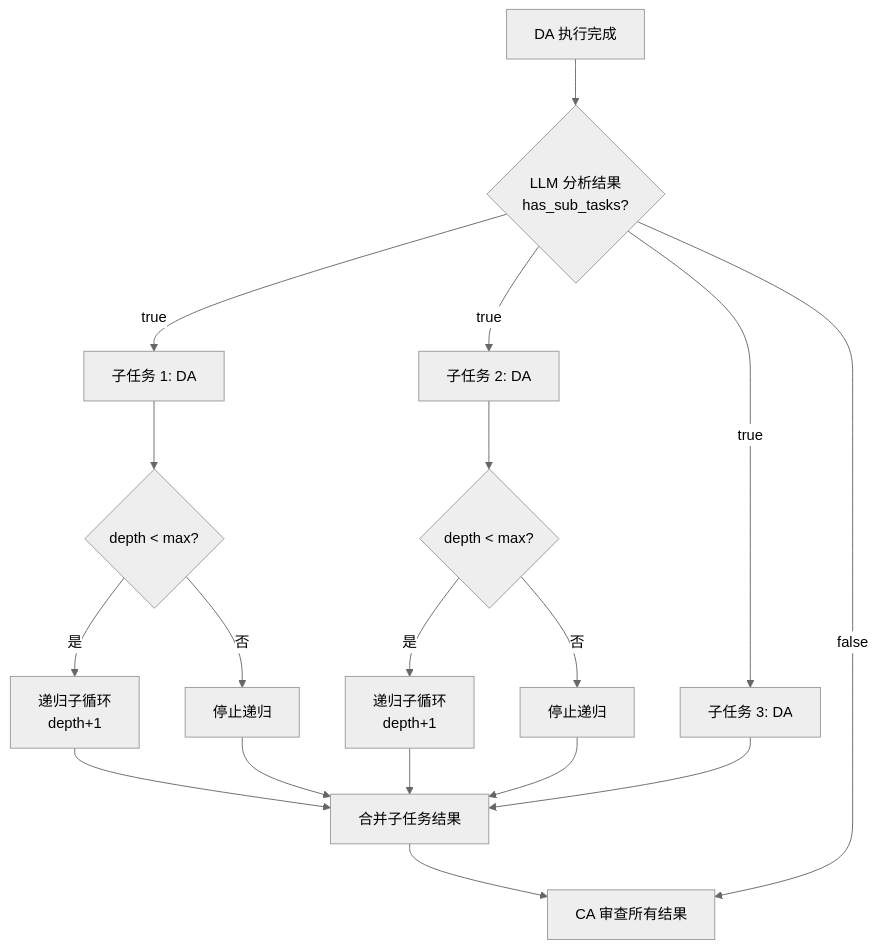
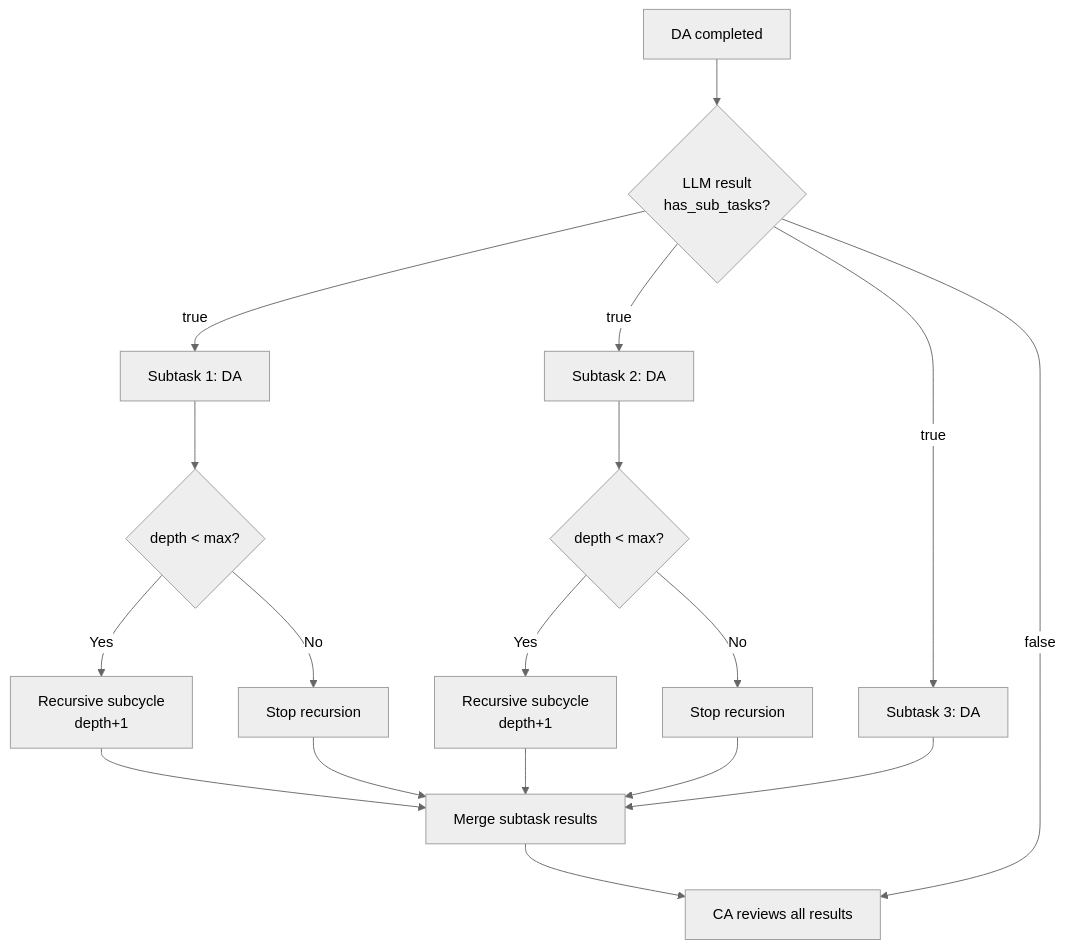
The third of 6 diagrams in docs/01-agent-management.md (skaiy/wild_agentos), drawn with Mermaid (neutral theme) before and after one commit. The commit also changed other lines of this file and 23 other files, not shown here.

````diff
--- a/docs/01-agent-management.md
+++ b/docs/01-agent-management.md
@@ -155,23 +141,20 @@
 ```mermaid
 flowchart TD
-    START["DA 执行完成"] --> DECOMPOSE{"LLM 分析结果<br/>has_sub_tasks?"}
-    DECOMPOSE -->|"true"| SUB1["子任务 1: DA"]
-    DECOMPOSE -->|"true"| SUB2["子任务 2: DA"]
-    DECOMPOSE -->|"true"| SUB3["子任务 3: DA"]
-
+    START["DA completed"] --> DECOMPOSE{"LLM result<br/>has_sub_tasks?"}
+    DECOMPOSE -->|"true"| SUB1["Subtask 1: DA"]
+    DECOMPOSE -->|"true"| SUB2["Subtask 2: DA"]
+    DECOMPOSE -->|"true"| SUB3["Subtask 3: DA"]
     SUB1 --> DEEP1{"depth < max?"}
-    DEEP1 -->|"是"| RECURSE1["递归子循环<br/>depth+1"]
-    DEEP1 -->|"否"| STOP1["停止递归"]
+    DEEP1 -->|Yes| RECURSE1["Recursive subcycle<br/>depth+1"]
+    DEEP1 -->|No| STOP1["Stop recursion"]
     SUB2 --> DEEP2{"depth < max?"}
-    DEEP2 -->|"是"| RECURSE2["递归子循环<br/>depth+1"]
-    DEEP2 -->|"否"| STOP2["停止递归"]
-
-    RECURSE1 --> MERGE["合并子任务结果"]
+    DEEP2 -->|Yes| RECURSE2["Recursive subcycle<br/>depth+1"]
+    DEEP2 -->|No| STOP2["Stop recursion"]
+    RECURSE1 --> MERGE["Merge subtask results"]
     STOP1 --> MERGE
     RECURSE2 --> MERGE
     STOP2 --> MERGE
     SUB3 --> MERGE
-
-    MERGE --> CA["CA 审查所有结果"]
+    MERGE --> CA["CA reviews all results"]
     DECOMPOSE -->|"false"| CA
 ```
````
